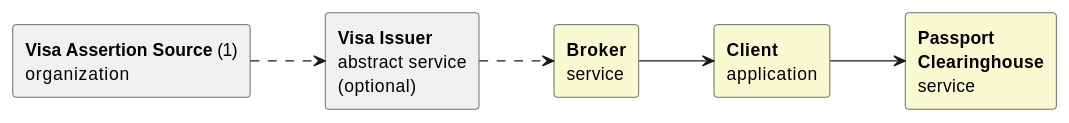
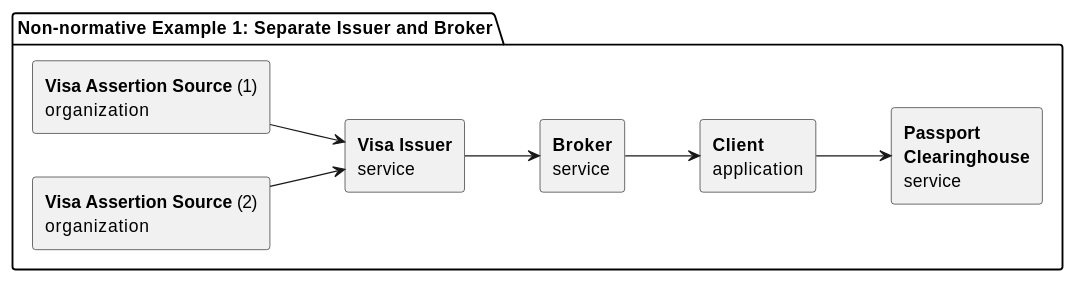
Before and after one commit to ga4gh/data-security: the sixth of 8 diagrams in AAI/AAIConnectProfile.md, drawn with PlantUML. The commit also changed other lines of this file, not shown here.

Commit message:
flow of assertions diagrams

```diff
--- a/AAI/AAIConnectProfile.md
+++ b/AAI/AAIConnectProfile.md
@@ -342,18 +483,24 @@
 @startuml
 skinparam componentStyle rectangle
 left to right direction
 
-component "<b>Visa Assertion Source</b> (1)\norganization" as VisaSource
-component "<b>Visa Issuer</b>\nabstract service\n(optional)" as VisaIssuer
-component "<b>Broker</b>\nservice" as Broker #FAFAD2
-component "<b>Client</b>\napplication" as Client #FAFAD2
-component "<b>Passport</b>\n<b>Clearinghouse</b>\nservice" as ClearingHouse #FAFAD2
+package "Non-normative Example 1: Separate Issuer and Broker" {
+component "<b>Visa Assertion Source</b> (1)\norganization" as VisaSource1
+component "<b>Visa Assertion Source</b> (2)\norganization" as VisaSource2
 
-VisaSource ..> VisaIssuer
+component "<b>Visa Issuer</b>\nservice" as VisaIssuer
+
+component "<b>Broker</b>\nservice" as Broker
+component "<b>Client</b>\napplication" as Client
+component "<b>Passport</b>\n<b>Clearinghouse</b>\nservice" as ClearingHouse
+}
+
+VisaSource1 --> VisaIssuer 
+VisaSource2 --> VisaIssuer 
 
 
-VisaIssuer ..> Broker 
+VisaIssuer --> Broker 
 Broker --> Client 
 Client --> ClearingHouse
 
 @enduml
```
